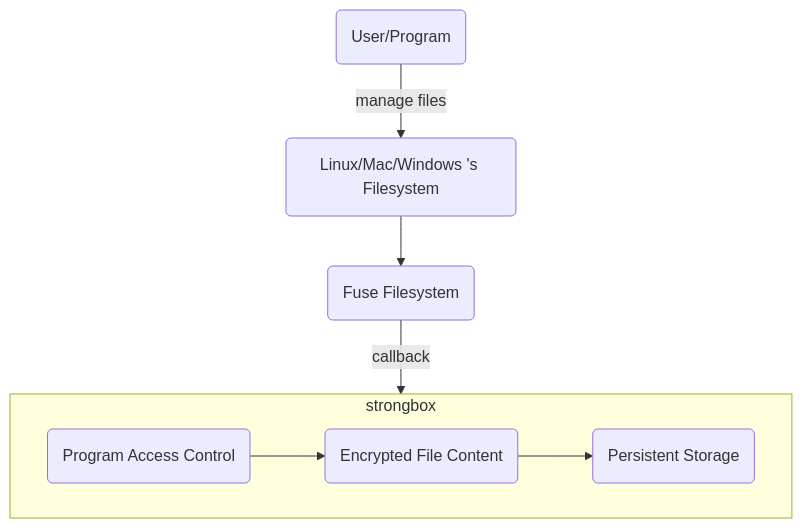
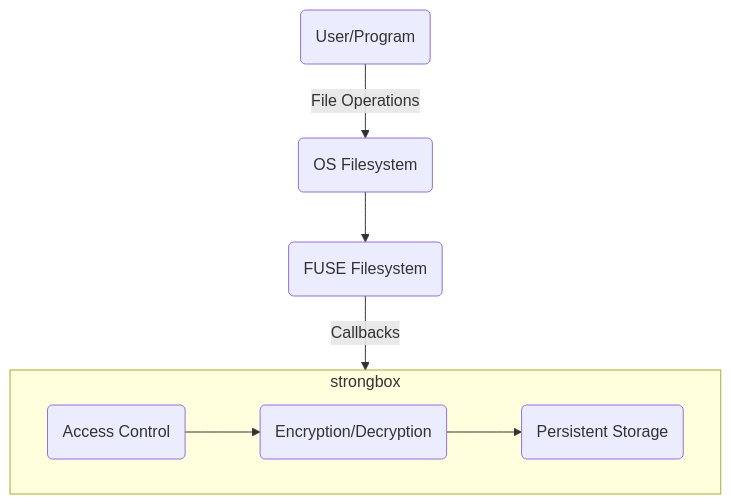
One commit to drawing/strongbox changed the diagram in README.md. Above: the diagram before and after it, drawn with Mermaid. The commit also changed other lines of this file and 7 other files, not shown here.

````diff
--- a/README.md
+++ b/README.md
@@ -14,16 +17,16 @@
 ```mermaid
 graph TD
     user(User/Program)
-    filesystem(Linux/Mac/Windows 's Filesystem)
-    fuse(Fuse Filesystem)
+    filesystem(OS Filesystem)
+    fuse(FUSE Filesystem)
     subgraph strongbox
-        access(Program Access Control)
-        encrypt(Encrypted File Content)
-        fs(Persistent Storage)
+        access(Access Control)
+        encrypt(Encryption/Decryption)
+        storage(Persistent Storage)
         access --> encrypt
-        encrypt --> fs
+        encrypt --> storage
     end
-    user -->|manage files| filesystem
+    user -->|File Operations| filesystem
     filesystem --> fuse
-    fuse -->|callback| strongbox
+    fuse -->|Callbacks| strongbox
 ```
````
